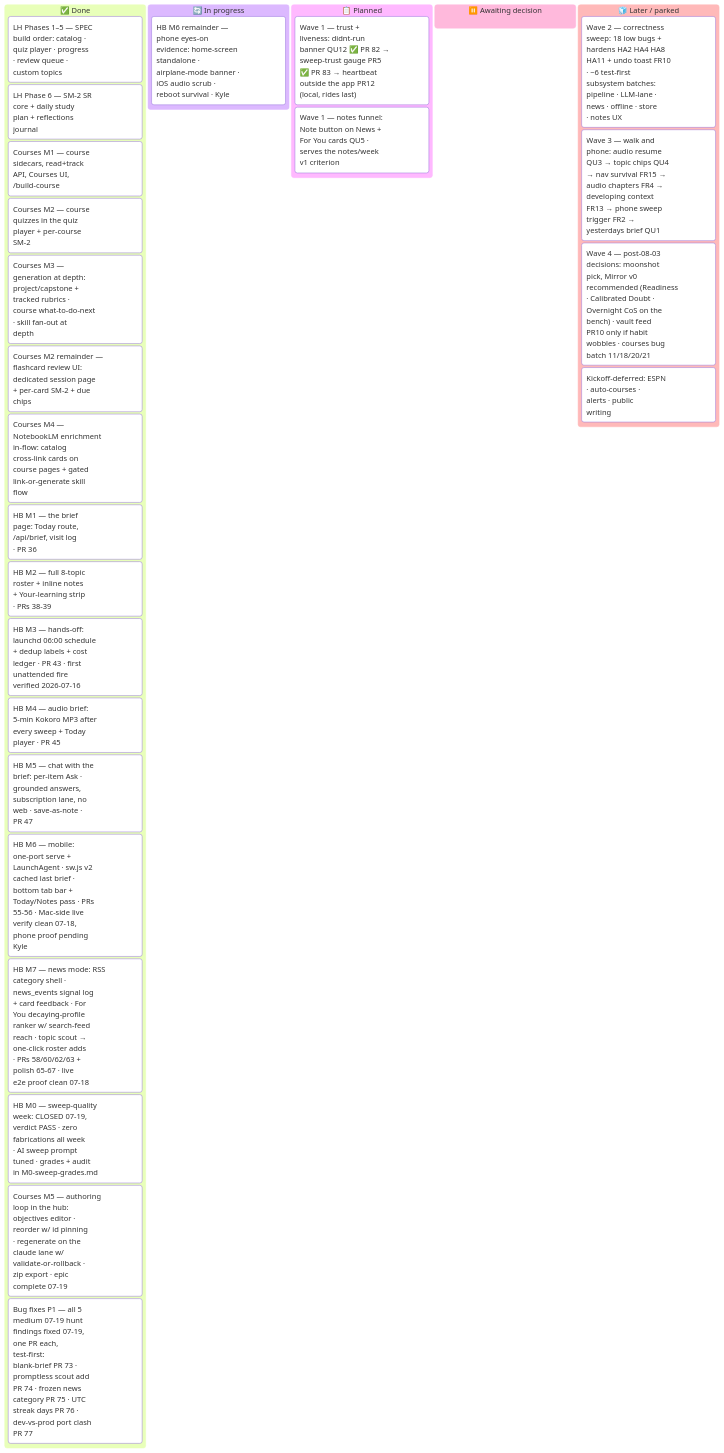
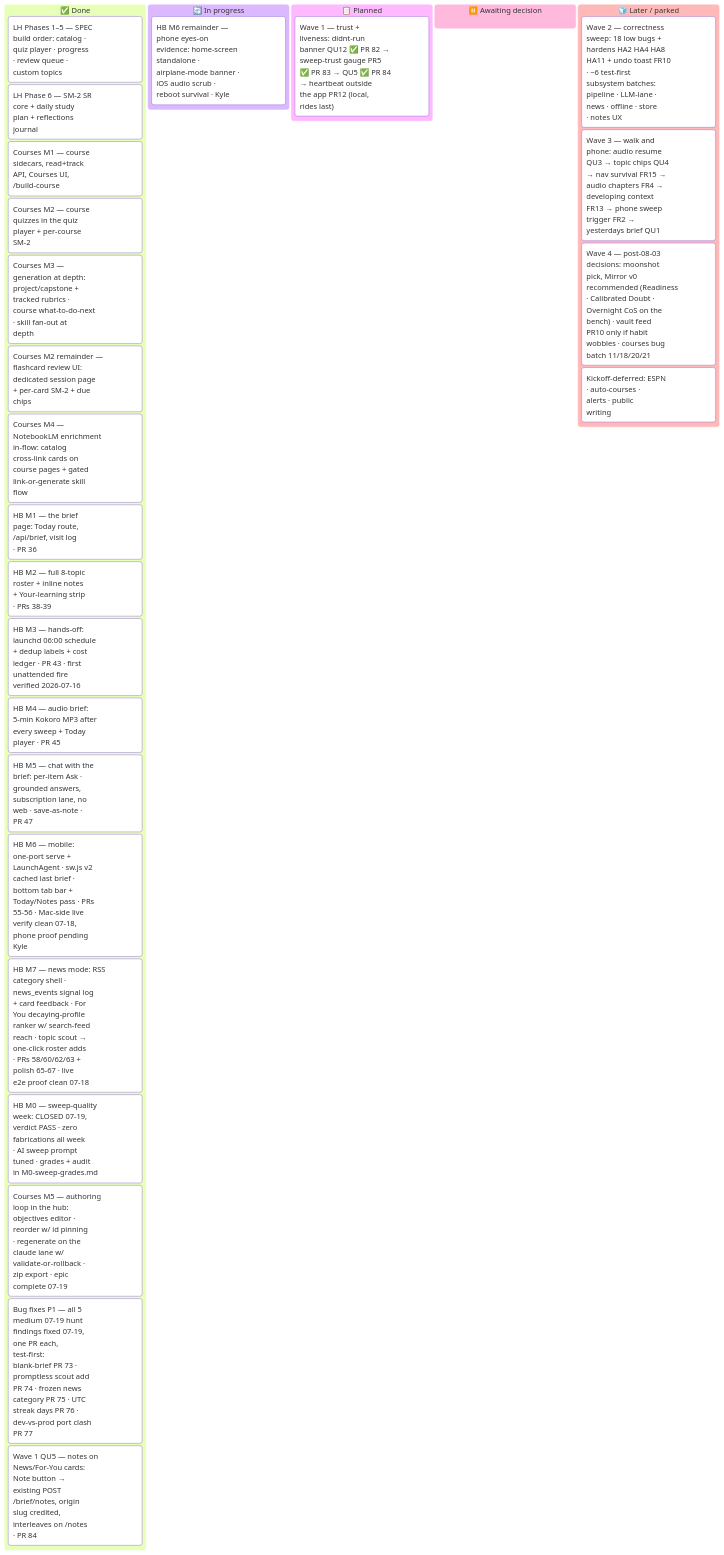
Before and after one commit to ksdisch/home-base: the diagram in docs/MASTER_PLAN.md, drawn with Mermaid. The commit also changed other lines of this file and 1 other file, not shown here.

Commit message:
docs: MASTER_PLAN + BACKLOG — QU5 shipped (PR #84), card → Done; Wave 1 remaining: PR12

````diff
--- a/docs/MASTER_PLAN.md
+++ b/docs/MASTER_PLAN.md
@@ -42,37 +42,37 @@
 ```mermaid
 ---
 config:
   kanban:
     sectionWidth: 300
 ---
 kanban
   done["✅ Done"]
     lh15["LH Phases 1–5 — SPEC<br/>build order: catalog ·<br/>quiz player · progress<br/>· review queue ·<br/>custom topics"]
     lh6["LH Phase 6 — SM-2 SR<br/>core + daily study<br/>plan + reflections<br/>journal"]
     lh7["Courses M1 — course<br/>sidecars, read+track<br/>API, Courses UI,<br/>/build-course"]
     lh7m2["Courses M2 — course<br/>quizzes in the quiz<br/>player + per-course<br/>SM-2"]
     lh7m3["Courses M3 —<br/>generation at depth:<br/>project/capstone +<br/>tracked rubrics ·<br/>course what-to-do-next<br/>· skill fan-out at<br/>depth"]
     lh7fc["Courses M2 remainder —<br/>flashcard review UI:<br/>dedicated session page<br/>+ per-card SM-2 + due<br/>chips"]
     lh7m4["Courses M4 —<br/>NotebookLM enrichment<br/>in-flow: catalog<br/>cross-link cards on<br/>course pages + gated<br/>link-or-generate skill<br/>flow"]
     hbm1["HB M1 — the brief<br/>page: Today route,<br/>/api/brief, visit log<br/>· PR 36"]
     hbm2["HB M2 — full 8-topic<br/>roster + inline notes<br/>+ Your-learning strip<br/>· PRs 38-39"]
     hbm3["HB M3 — hands-off:<br/>launchd 06:00 schedule<br/>+ dedup labels + cost<br/>ledger · PR 43 · first<br/>unattended fire<br/>verified 2026-07-16"]
     hbm4["HB M4 — audio brief:<br/>5-min Kokoro MP3 after<br/>every sweep + Today<br/>player · PR 45"]
     hbm5["HB M5 — chat with the<br/>brief: per-item Ask ·<br/>grounded answers,<br/>subscription lane, no<br/>web · save-as-note ·<br/>PR 47"]
     hbm6["HB M6 — mobile:<br/>one-port serve +<br/>LaunchAgent · sw.js v2<br/>cached last brief ·<br/>bottom tab bar +<br/>Today/Notes pass · PRs<br/>55-56 · Mac-side live<br/>verify clean 07-18,<br/>phone proof pending<br/>Kyle"]
     hbm7["HB M7 — news mode: RSS<br/>category shell ·<br/>news_events signal log<br/>+ card feedback · For<br/>You decaying-profile<br/>ranker w/ search-feed<br/>reach · topic scout →<br/>one-click roster adds<br/>· PRs 58/60/62/63 +<br/>polish 65-67 · live<br/>e2e proof clean 07-18"]
     hbm0["HB M0 — sweep-quality<br/>week: CLOSED 07-19,<br/>verdict PASS · zero<br/>fabrications all week<br/>· AI sweep prompt<br/>tuned · grades + audit<br/>in M0-sweep-grades.md"]
     cm5["Courses M5 — authoring<br/>loop in the hub:<br/>objectives editor ·<br/>reorder w/ id pinning<br/>· regenerate on the<br/>claude lane w/<br/>validate-or-rollback ·<br/>zip export · epic<br/>complete 07-19"]
     bugp1["Bug fixes P1 — all 5<br/>medium 07-19 hunt<br/>findings fixed 07-19,<br/>one PR each,<br/>test-first:<br/>blank-brief PR 73 ·<br/>promptless scout add<br/>PR 74 · frozen news<br/>category PR 75 · UTC<br/>streak days PR 76 ·<br/>dev-vs-prod port clash<br/>PR 77"]
+    qu5["Wave 1 QU5 — notes on<br/>News/For-You cards:<br/>Note button →<br/>existing POST<br/>/brief/notes, origin<br/>slug credited,<br/>interleaves on /notes<br/>· PR 84"]
   doing["🔄 In progress"]
     hbm6proof["HB M6 remainder —<br/>phone eyes-on<br/>evidence: home-screen<br/>standalone ·<br/>airplane-mode banner ·<br/>iOS audio scrub ·<br/>reboot survival · Kyle"]
   next["📋 Planned"]
-    trust["Wave 1 — trust +<br/>liveness: didnt-run<br/>banner QU12 ✅ PR 82 →<br/>sweep-trust gauge PR5<br/>✅ PR 83 → heartbeat<br/>outside the app PR12<br/>(local, rides last)"]
-    qnotes["Wave 1 — notes funnel:<br/>Note button on News +<br/>For You cards QU5 ·<br/>serves the notes/week<br/>v1 criterion"]
+    trust["Wave 1 — trust +<br/>liveness: didnt-run<br/>banner QU12 ✅ PR 82 →<br/>sweep-trust gauge PR5<br/>✅ PR 83 → QU5 ✅ PR 84<br/>→ heartbeat outside<br/>the app PR12 (local,<br/>rides last)"]
   decide["⏸️ Awaiting decision"]
   later["🧊 Later / parked"]
     wave2["Wave 2 — correctness<br/>sweep: 18 low bugs +<br/>hardens HA2 HA4 HA8<br/>HA11 + undo toast FR10<br/>· ~6 test-first<br/>subsystem batches:<br/>pipeline · LLM-lane ·<br/>news · offline · store<br/>· notes UX"]
     wave3["Wave 3 — walk and<br/>phone: audio resume<br/>QU3 → topic chips QU4<br/>→ nav survival FR15 →<br/>audio chapters FR4 →<br/>developing context<br/>FR13 → phone sweep<br/>trigger FR2 →<br/>yesterdays brief QU1"]
     wave4["Wave 4 — post-08-03<br/>decisions: moonshot<br/>pick, Mirror v0<br/>recommended (Readiness<br/>· Calibrated Doubt ·<br/>Overnight CoS on the<br/>bench) · vault feed<br/>PR10 only if habit<br/>wobbles · courses bug<br/>batch 11/18/20/21"]
     defer["Kickoff-deferred: ESPN<br/>· auto-courses ·<br/>alerts · public<br/>writing"]
 ```
````
